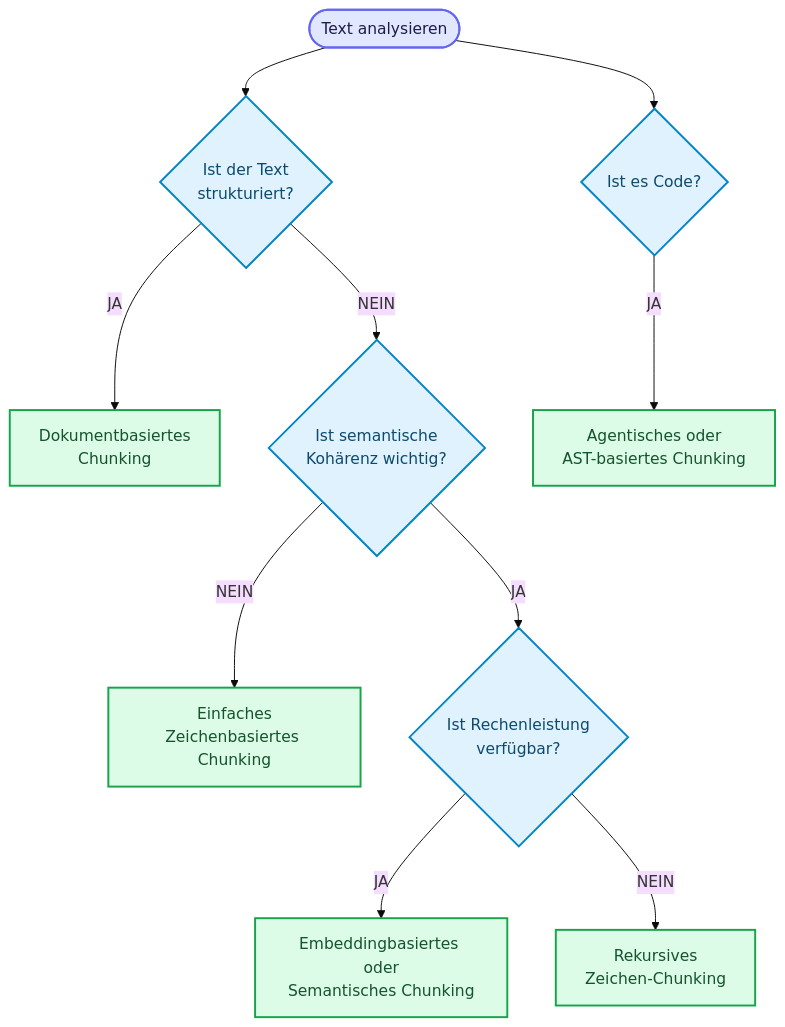
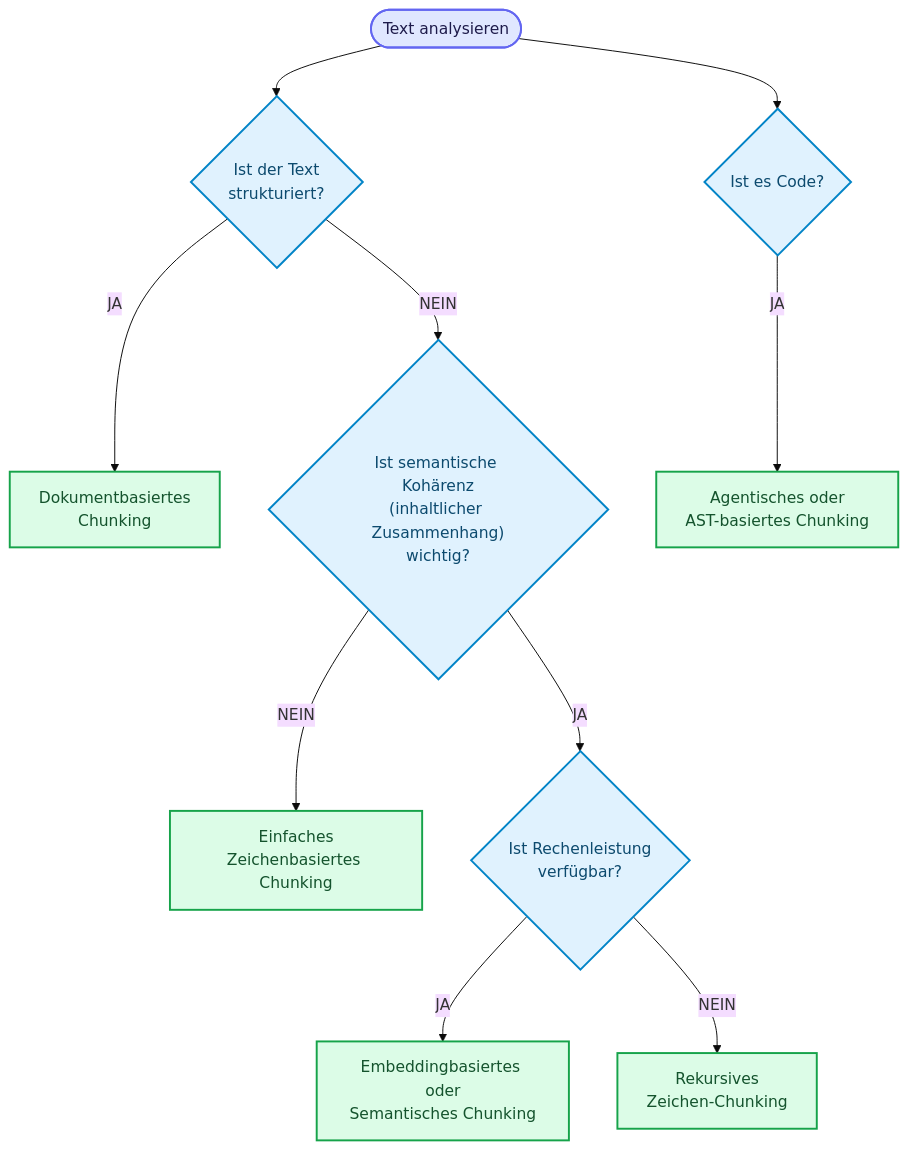
One commit to ralf-42/Agenten changed the diagram in docs/04-agenten-implementierung/kontext-wissen/tokenizing-chunking.md. Above: the diagram before and after it, drawn with Mermaid (base theme). The commit also changed other lines of this file and 15 other files, not shown here.

````diff
--- a/docs/04-agenten-implementierung/kontext-wissen/tokenizing-chunking.md
+++ b/docs/04-agenten-implementierung/kontext-wissen/tokenizing-chunking.md
@@ -216,22 +216,22 @@
 ```mermaid
 flowchart TD
     START([Text analysieren]) --> Q1{Ist der Text<br>strukturiert?}
 
     Q1 -->|JA| DOK[Dokumentbasiertes<br>Chunking]
-    Q1 -->|NEIN| Q2{Ist semantische<br>Kohärenz wichtig?}
+    Q1 -->|NEIN| Q2{"Ist semantische Kohärenz<br>(inhaltlicher Zusammenhang)<br>wichtig?"}
 
     Q2 -->|NEIN| ZEICHEN[Einfaches<br>Zeichenbasiertes Chunking]
     Q2 -->|JA| Q3{Ist Rechenleistung<br>verfügbar?}
 
     Q3 -->|JA| EMBED[Embeddingbasiertes oder<br>Semantisches Chunking]
     Q3 -->|NEIN| REKURSIV[Rekursives<br>Zeichen-Chunking]
 
     START --> Q4{Ist es Code?}
     Q4 -->|JA| AGENT[Agentisches oder<br>AST-basiertes Chunking]
 
     classDef default fill:#e0f2fe,stroke:#0284c7,stroke-width:2px,color:#0c4a6e;
     classDef input fill:#e0e7ff,stroke:#6366f1,stroke-width:2px,color:#1e1b4b;
     classDef output fill:#dcfce7,stroke:#16a34a,stroke-width:2px,color:#14532d;
     class START input;
     class DOK,ZEICHEN,EMBED,REKURSIV,AGENT output;
 ```
````
